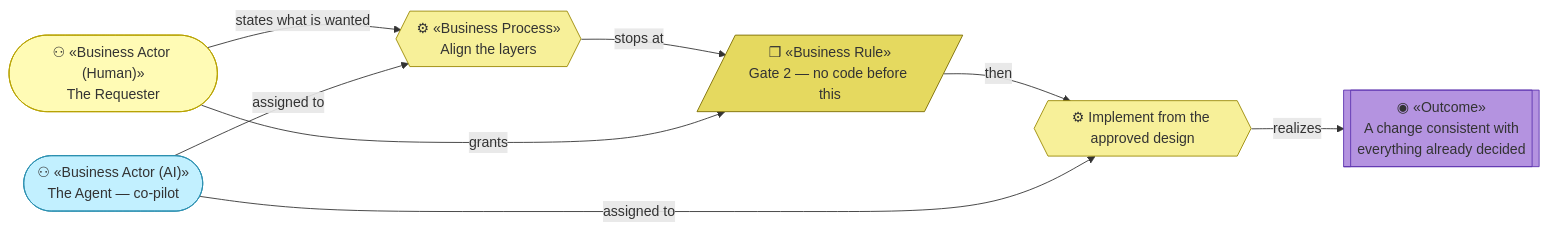
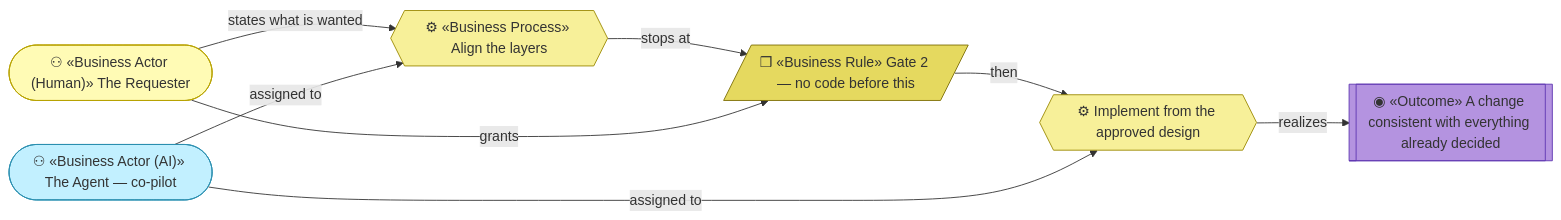
Before and after one commit to roanboc/architecture-archreator: the first of 3 diagrams in README.md, drawn with Mermaid. The commit also changed other lines of this file and 38 other files, not shown here.

````diff
--- a/README.md
+++ b/README.md
@@ -31,23 +31,23 @@
 ```mermaid
 flowchart LR
-  req(["⚇ «Business Actor (Human)»<br>The Requester"]):::actor
-  frame{{"⚙ «Business Process»<br>Align the layers"}}:::process
-  gate[/"❒ «Business Rule»<br>Gate 2 — no code before this"/]:::rule
+  req(["⚇ «Business Actor (Human)» The Requester"]):::actor
+  frame{{"⚙ «Business Process» Align the layers"}}:::process
+  gate[/"❒ «Business Rule» Gate 2 — no code before this"/]:::rule
   build{{"⚙ Implement from the approved design"}}:::process
-  agent(["⚇ «Business Actor (AI)»<br>The Agent — co-pilot"]):::actorai
-  out[["◉ «Outcome»<br>A change consistent with<br>everything already decided"]]:::outcome
+  agent(["⚇ «Business Actor (AI)» The Agent — co-pilot"]):::actorai
+  out[["◉ «Outcome» A change consistent with everything already decided"]]:::outcome
 
   req -->|states what is wanted| frame
   agent -->|assigned to| frame
   frame -->|stops at| gate
   req -->|grants| gate
   gate -->|then| build
   agent -->|assigned to| build
   build -->|realizes| out
 
   classDef actor fill:#fffbb5,stroke:#b8a200,color:#333
   classDef actorai fill:#c2f0ff,stroke:#2a8fb0,color:#333
   classDef process fill:#f7f099,stroke:#9a8800,color:#333
   classDef rule fill:#e5d95f,stroke:#7a6c00,color:#333
   classDef outcome fill:#b493e0,stroke:#5e35b1,color:#333
 ```
````
